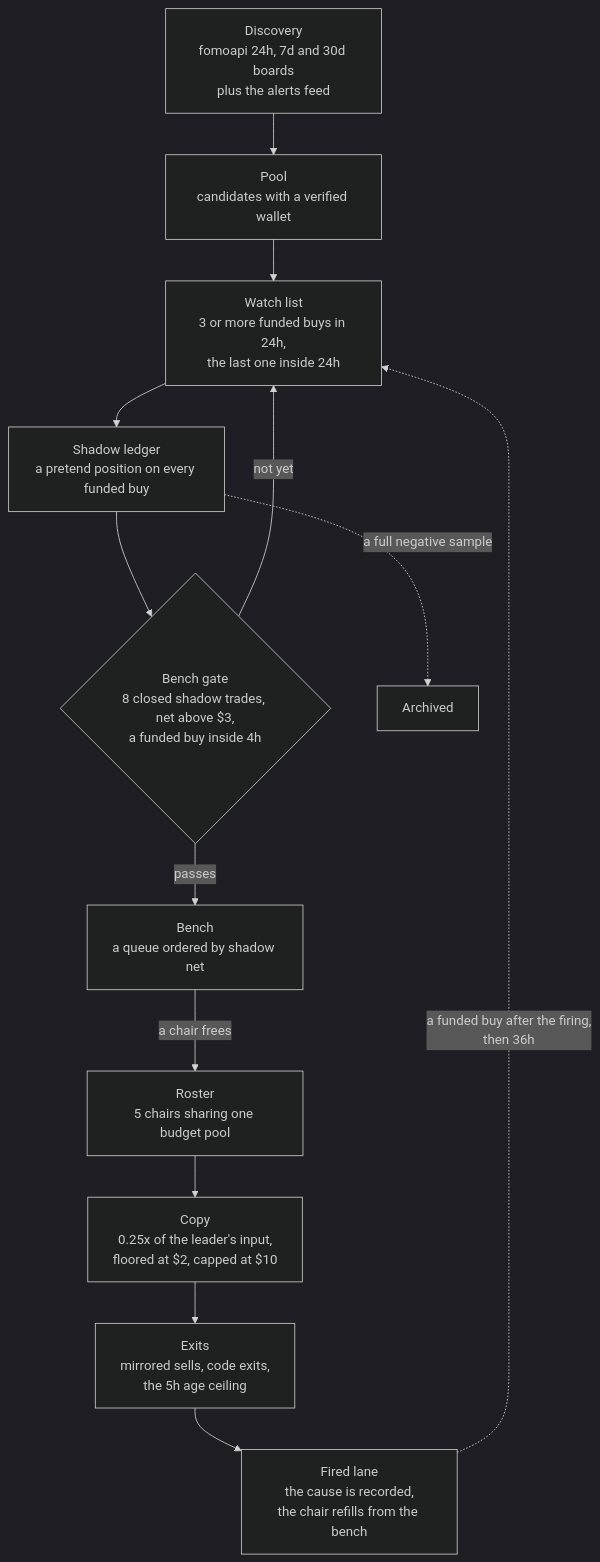
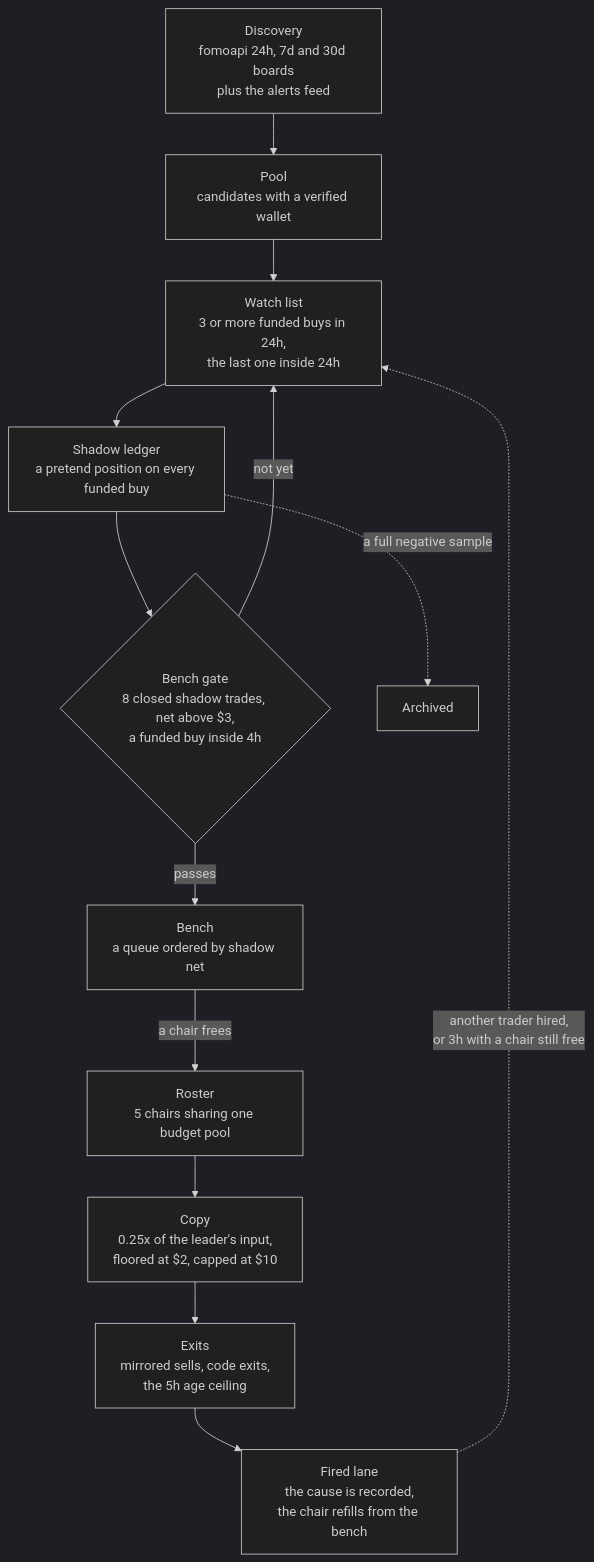
One commit to RuneL89/zcode-copytrade-bot changed the diagram in docs/diagrams/pipeline-overview.mmd. Above: the diagram before and after it, drawn with Mermaid (dark theme). The commit also changed 34 other files, not shown here.

```diff
--- a/docs/diagrams/pipeline-overview.mmd
+++ b/docs/diagrams/pipeline-overview.mmd
@@ -1,14 +1,14 @@
 %% Render: ~/.zcode/tools/mermaid-render/render.sh -i pipeline-overview.mmd -o ../images/pipeline-overview.png -b white -s 2 -w 1600
 flowchart TD
     D["Discovery<br/>fomoapi 24h, 7d and 30d boards<br/>plus the alerts feed"] --> P["Pool<br/>candidates with a verified wallet"]
     P --> W["Watch list<br/>3 or more funded buys in 24h,<br/>the last one inside 24h"]
     W --> S["Shadow ledger<br/>a pretend position on every funded buy"]
     S --> G{"Bench gate<br/>8 closed shadow trades, net above $3,<br/>a funded buy inside 4h"}
     G -->|passes| B["Bench<br/>a queue ordered by shadow net"]
     G -->|not yet| W
     B -->|a chair frees| R["Roster<br/>5 chairs sharing one budget pool"]
     R --> C["Copy<br/>0.25x of the leader's input,<br/>floored at $2, capped at $10"]
     C --> X["Exits<br/>mirrored sells, code exits,<br/>the 5h age ceiling"]
     X --> F["Fired lane<br/>the cause is recorded,<br/>the chair refills from the bench"]
     S -.->|a full negative sample| A["Archived"]
-    F -.->|a funded buy after the firing,<br/>then 36h| W
+    F -.->|another trader hired,<br/>or 3h with a chair still free| W
```
